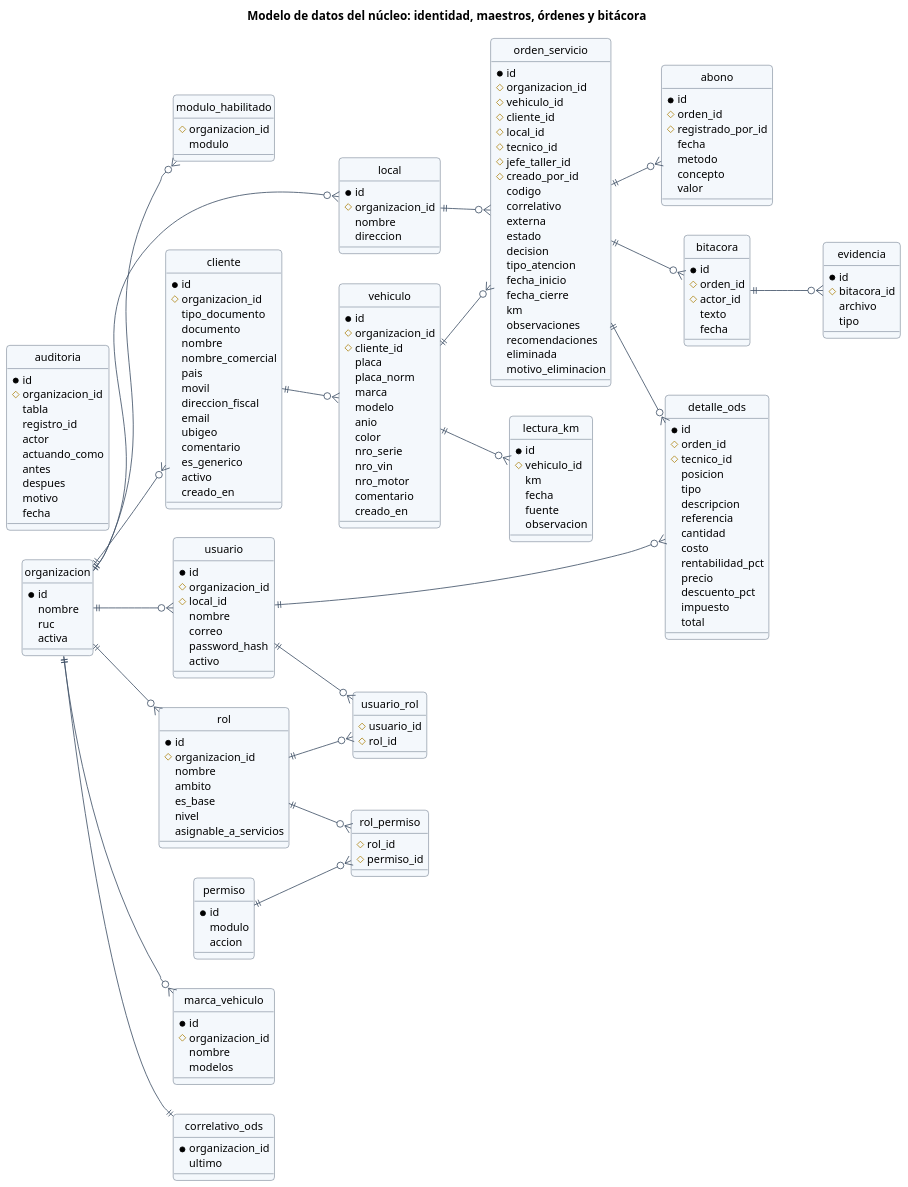
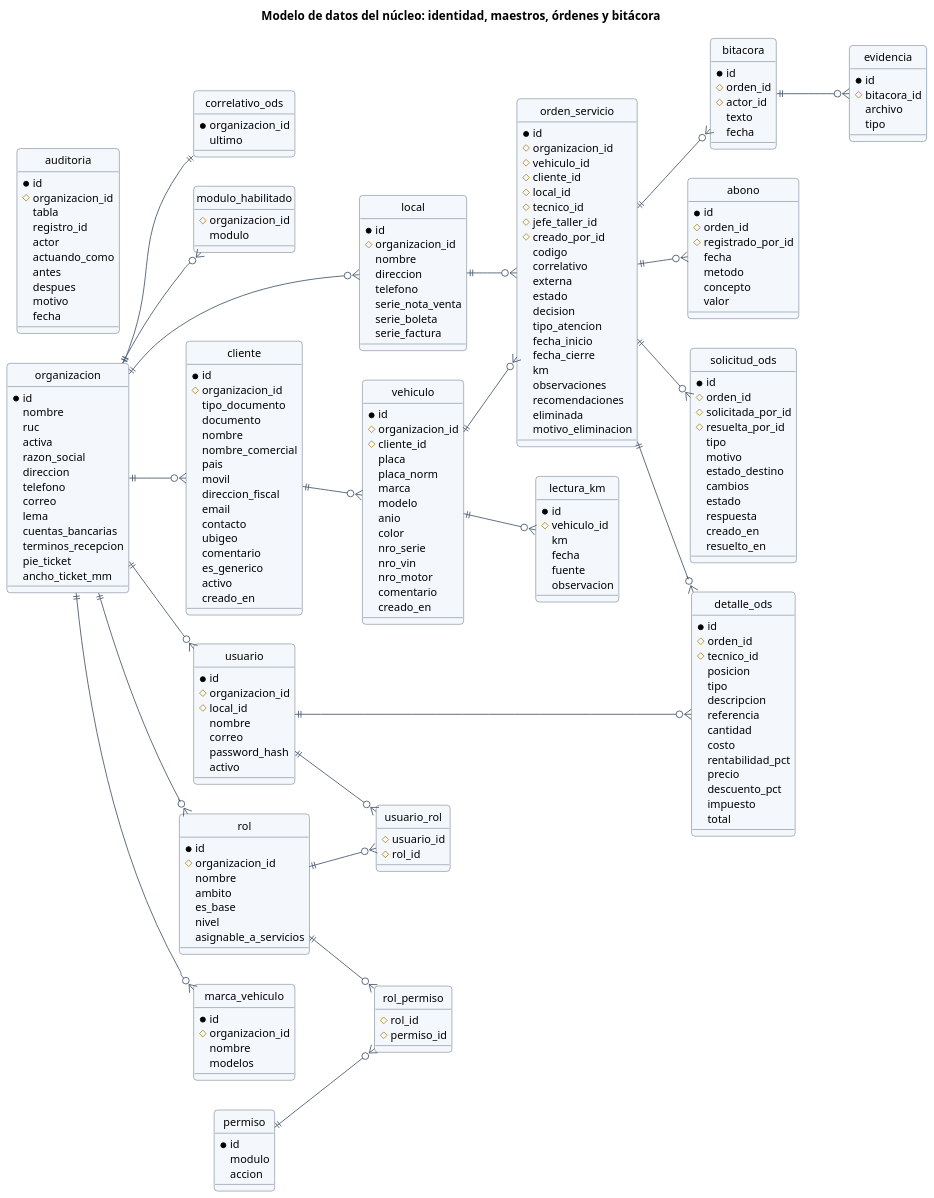
Before and after one commit to AlvaroMachaca05Dev/Tesis_Posventa: the diagram in diagramas/tesis/DMD-001_datos_nucleo.puml, drawn with PlantUML. The commit also changed 19 other files, not shown here.

```diff
--- a/diagramas/tesis/DMD-001_datos_nucleo.puml
+++ b/diagramas/tesis/DMD-001_datos_nucleo.puml
@@ -18,6 +18,15 @@
   nombre
   ruc
   activa
+  razon_social
+  direccion
+  telefono
+  correo
+  lema
+  cuentas_bancarias
+  terminos_recepcion
+  pie_ticket
+  ancho_ticket_mm
 }
 entity modulo_habilitado {
   #organizacion_id
@@ -28,6 +37,10 @@
   #organizacion_id
   nombre
   direccion
+  telefono
+  serie_nota_venta
+  serie_boleta
+  serie_factura
 }
 entity rol {
   *id
@@ -71,6 +84,7 @@
   movil
   direccion_fiscal
   email
+  contacto
   ubigeo
   comentario
   es_generico
@@ -159,6 +173,20 @@
   impuesto
   total
 }
+entity solicitud_ods {
+  *id
+  #orden_id
+  #solicitada_por_id
+  #resuelta_por_id
+  tipo
+  motivo
+  estado_destino
+  cambios
+  estado
+  respuesta
+  creado_en
+  resuelto_en
+}
 entity bitacora {
   *id
   #orden_id
@@ -202,6 +230,7 @@
 local ||--o{ orden_servicio
 orden_servicio ||--o{ detalle_ods
 orden_servicio ||--o{ bitacora
+orden_servicio ||--o{ solicitud_ods
 bitacora ||--o{ evidencia
 usuario ||--o{ detalle_ods
 @enduml
```
